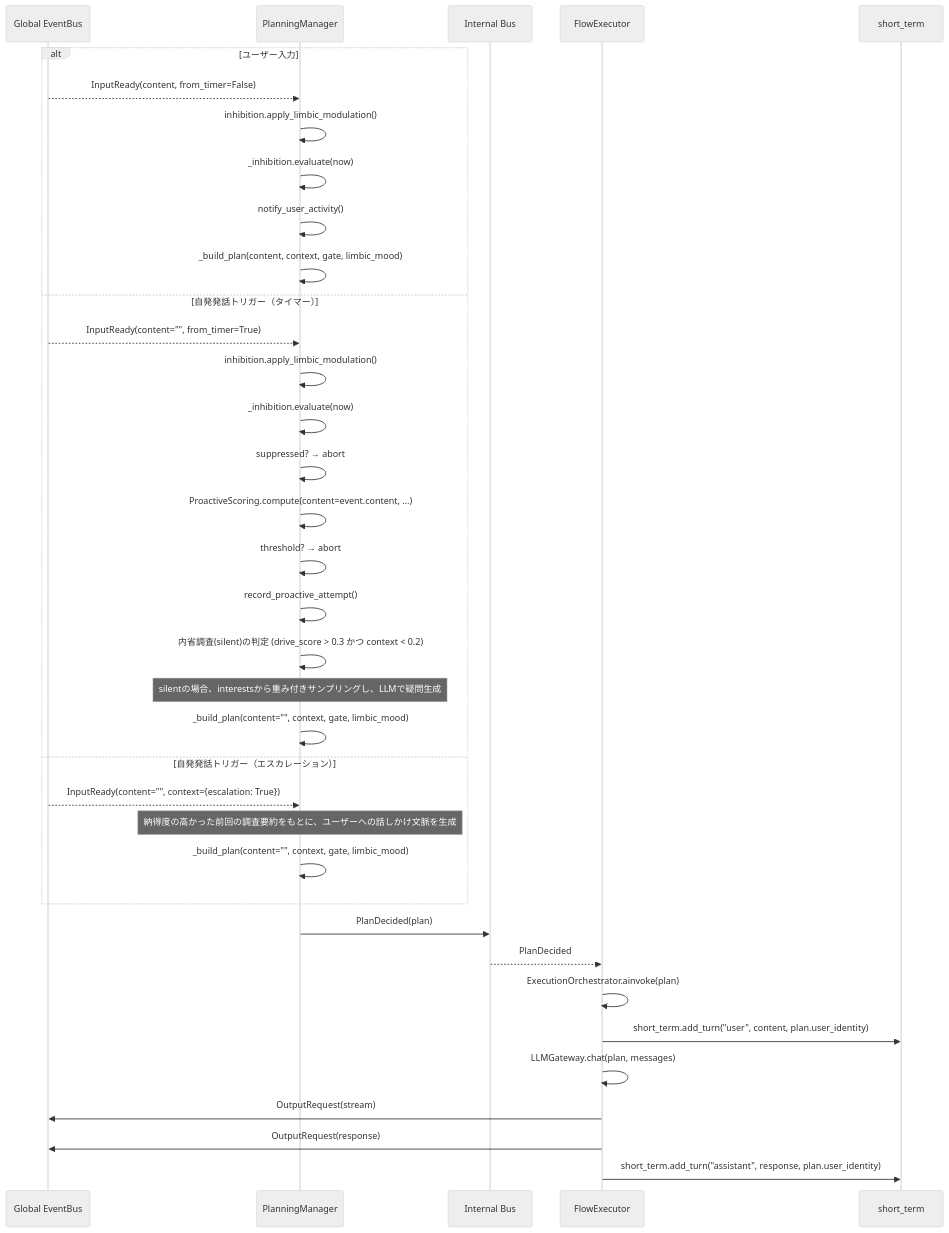
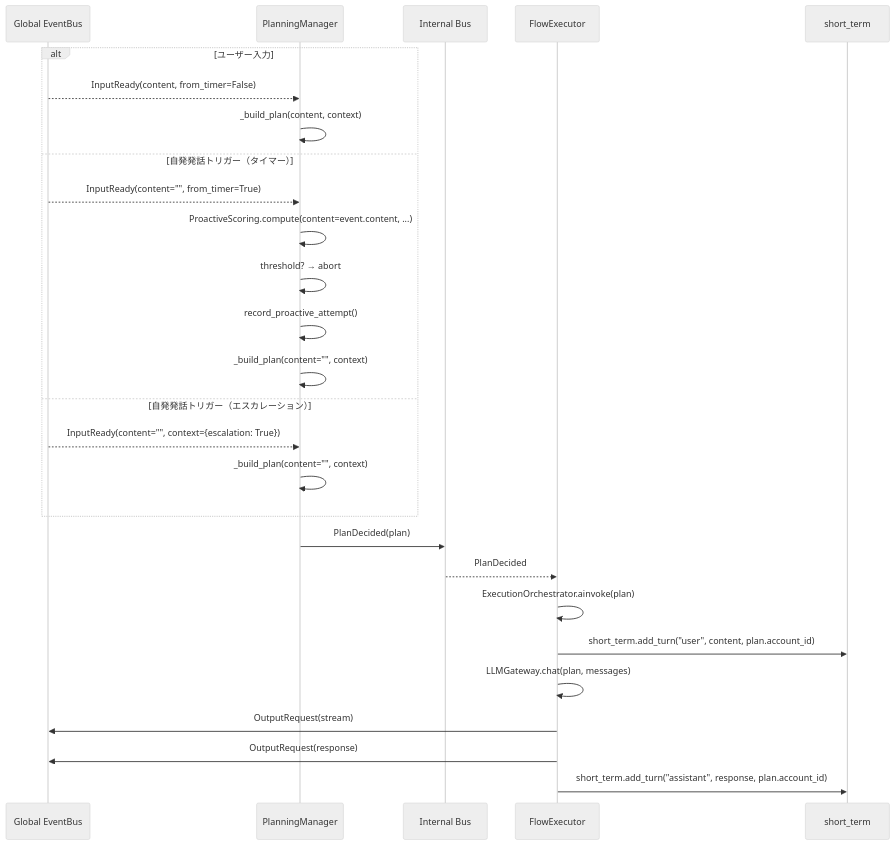
Before and after one commit to ibukani/iris-mind: the first of 2 diagrams in docs/agency-layer.md, drawn with Mermaid (neutral theme). The commit also changed other lines of this file and 359 other files, not shown here.

````diff
--- a/docs/agency-layer.md
+++ b/docs/agency-layer.md
@@ -40,42 +39,33 @@
 ```mermaid
 sequenceDiagram
     participant EB as Global EventBus
     participant PL as PlanningManager
     participant IB as Internal Bus
     participant EX as FlowExecutor
     participant STM as short_term
 
     alt ユーザー入力
         EB-->>PL: InputReady(content, from_timer=False)
-        PL->>PL: inhibition.apply_limbic_modulation()
-        PL->>PL: _inhibition.evaluate(now)
-        PL->>PL: notify_user_activity()
-        PL->>PL: _build_plan(content, context, gate, limbic_mood)
+        PL->>PL: _build_plan(content, context)
     else 自発発話トリガー（タイマー）
         EB-->>PL: InputReady(content="", from_timer=True)
-        PL->>PL: inhibition.apply_limbic_modulation()
-        PL->>PL: _inhibition.evaluate(now)
-        PL->>PL: suppressed? → abort
         PL->>PL: ProactiveScoring.compute(content=event.content, ...)
         PL->>PL: threshold? → abort
         PL->>PL: record_proactive_attempt()
-        PL->>PL: 内省調査(silent)の判定 (drive_score > 0.3 かつ context < 0.2)
-        Note over PL: silentの場合、interestsから重み付きサンプリングし、LLMで疑問生成
-        PL->>PL: _build_plan(content="", context, gate, limbic_mood)
+        PL->>PL: _build_plan(content="", context)
     else 自発発話トリガー（エスカレーション）
         EB-->>PL: InputReady(content="", context={escalation: True})
-        Note over PL: 納得度の高かった前回の調査要約をもとに、ユーザーへの話しかけ文脈を生成
-        PL->>PL: _build_plan(content="", context, gate, limbic_mood)
+        PL->>PL: _build_plan(content="", context)
     end
 
 
     PL->>IB: PlanDecided(plan)
     IB-->>EX: PlanDecided
 
     EX->>EX: ExecutionOrchestrator.ainvoke(plan)
-    EX->>STM: short_term.add_turn("user", content, plan.user_identity)  # Plan決定後に追加
+    EX->>STM: short_term.add_turn("user", content, plan.account_id)  # Plan決定後に追加
     EX->>EX: LLMGateway.chat(plan, messages)
     EX->>EB: OutputRequest(stream)
     EX->>EB: OutputRequest(response)
-    EX->>STM: short_term.add_turn("assistant", response, plan.user_identity)
+    EX->>STM: short_term.add_turn("assistant", response, plan.account_id)
 ```
````
